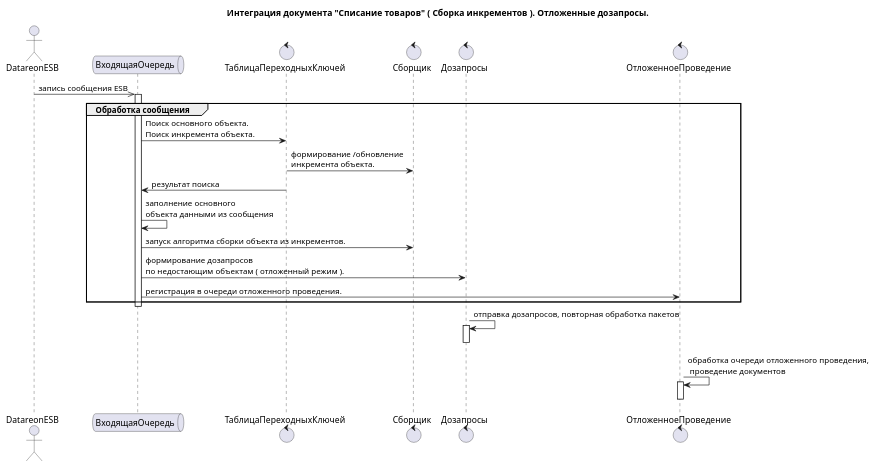
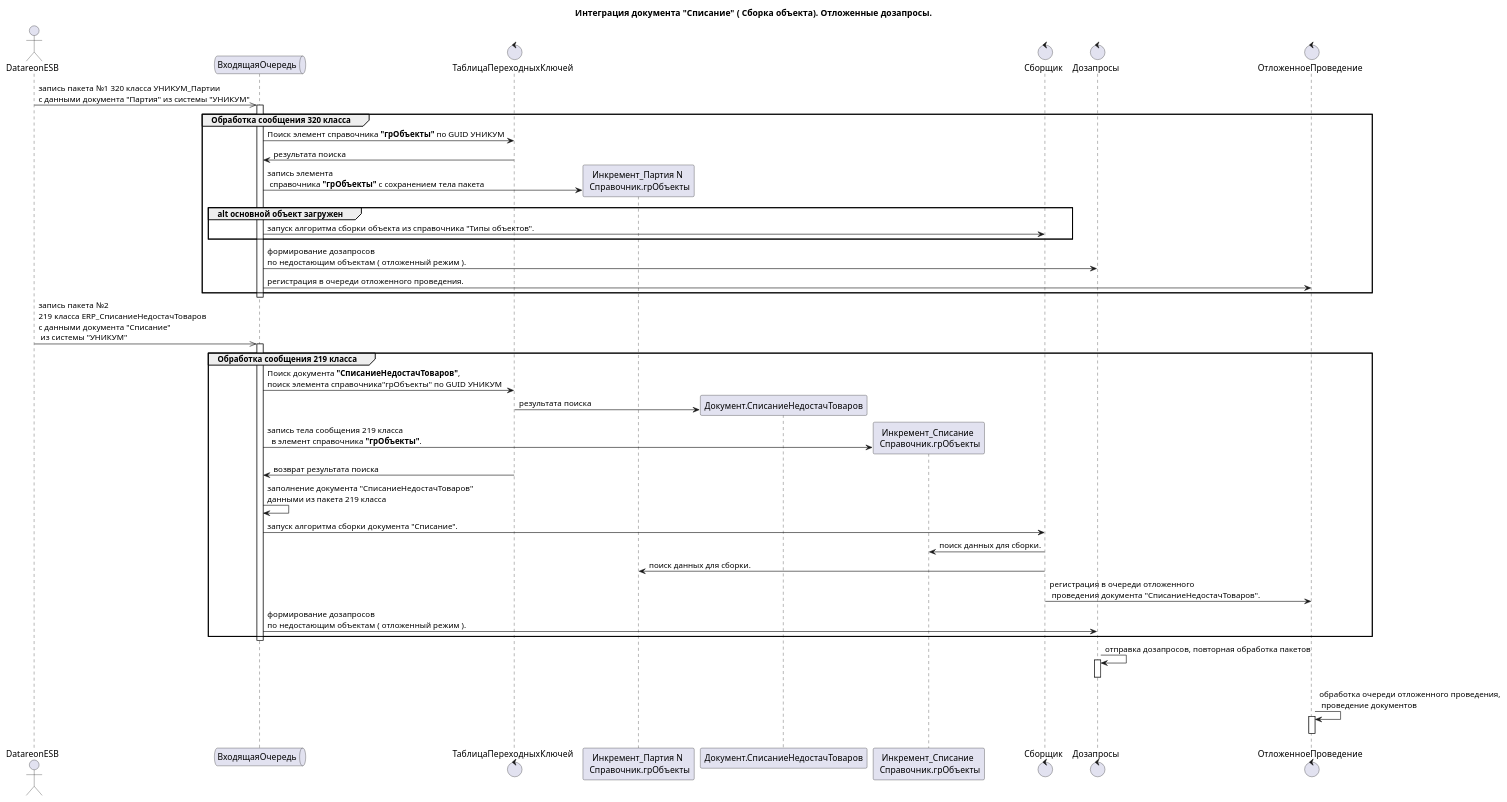
The diagram in integration/description/sheme_collector_adrequest_deferred.wsd (ekurpyaev/rules_md), drawn with PlantUML before and after one commit.

```diff
--- a/integration/description/sheme_collector_adrequest_deferred.wsd
+++ b/integration/description/sheme_collector_adrequest_deferred.wsd
@@ -2,44 +2,75 @@
 @startuml integration
 
-title Интеграция документа "Списание товаров" ( Сборка инкрементов ). Отложенные дозапросы.
+title Интеграция документа "Списание" ( Сборка объекта). Отложенные дозапросы.
 
 actor      DatareonESB order 10
 queue      ВходящаяОчередь order 20
 Control    ТаблицаПереходныхКлючей order 30
 Control    Сборщик order 40
 Control    Дозапросы order 50
 Control    ОтложенноеПроведение order 60
 
 
-
-DatareonESB ->> ВходящаяОчередь : запись сообщения ESB
+DatareonESB ->> ВходящаяОчередь : запись пакета №1 320 класса УНИКУМ_Партии\nс данными документа "Партия" из системы "УНИКУМ" 
 activate ВходящаяОчередь
 
-group Обработка cообщения
+group Обработка cообщения 320 класса
 
-    ВходящаяОчередь -> ТаблицаПереходныхКлючей : Поиск основного объекта.\nПоиск инкремента объекта.
+    ВходящаяОчередь -> ТаблицаПереходныхКлючей : Поиск элемент справочника **"грОбъекты"** по GUID УНИКУМ
+    
+    ТаблицаПереходныхКлючей -> ВходящаяОчередь : результата поиска
 
-    ТаблицаПереходныхКлючей -> Сборщик : формирование /обновление\nинкремента объекта.
+    create "Инкремент_Партия N \n Справочник.грОбъекты" order 39
+    ВходящаяОчередь -> "Инкремент_Партия N \n Справочник.грОбъекты" : запись элемента\n справочника **"грОбъекты"** с сохранением тела пакета
 
-    ТаблицаПереходныхКлючей -> ВходящаяОчередь :  результат поиска
-
-    ВходящаяОчередь -> ВходящаяОчередь :  заполнение основного\nобъекта данными из сообщения
-
-    ВходящаяОчередь -> Сборщик : запуск алгоритма сборки объекта из инкрементов.
+    group alt основной объект загружен    
+         ВходящаяОчередь -> Сборщик : запуск алгоритма сборки объекта из справочника "Типы объектов".
+    end
+   
 
     ВходящаяОчередь -> Дозапросы : формирование дозапросов\nпо недостающим объектам ( отложенный режим ).
 
     ВходящаяОчередь -> ОтложенноеПроведение : регистрация в очереди отложенного проведения.
 
 end
 deactivate ВходящаяОчередь
+
+
+DatareonESB ->> ВходящаяОчередь : запись пакета №2 \n219 класса ERP_СписаниеНедостачТоваров\nс данными документа "Списание"\n из системы "УНИКУМ" 
+activate ВходящаяОчередь
+
+group Обработка cообщения 219 класса
+
+    ВходящаяОчередь -> ТаблицаПереходныхКлючей : Поиск документа **"СписаниеНедостачТоваров"**,\nпоиск элемента справочника"грОбъекты" по GUID УНИКУМ
+    
+    create "Документ.СписаниеНедостачТоваров" order 39
+    ТаблицаПереходныхКлючей -> "Документ.СписаниеНедостачТоваров" : результата поиска
+
+    create "Инкремент_Списание \n Справочник.грОбъекты" order 39
+    ВходящаяОчередь -> "Инкремент_Списание \n Справочник.грОбъекты" : запись тела сообщения 219 класса\n  в элемент справочника **"грОбъекты"**.
+
+    ТаблицаПереходныхКлючей -> ВходящаяОчередь : возврат результата поиска
+
+    ВходящаяОчередь -> ВходящаяОчередь :  заполнение документа "СписаниеНедостачТоваров"\nданными из пакета 219 класса
+
+    ВходящаяОчередь -> Сборщик : запуск алгоритма сборки документа "Списание".
+
+    Сборщик -> "Инкремент_Списание \n Справочник.грОбъекты": поиск данных для сборки.
+    Сборщик -> "Инкремент_Партия N \n Справочник.грОбъекты" : поиск данных для сборки.
+    Сборщик -> ОтложенноеПроведение : регистрация в очереди отложенного\n проведения документа "СписаниеНедостачТоваров".
+
+    ВходящаяОчередь -> Дозапросы : формирование дозапросов\nпо недостающим объектам ( отложенный режим ).
+
+end
+deactivate ВходящаяОчередь
+
 
 Дозапросы -> Дозапросы : отправка дозапросов, повторная обработка пакетов
 activate Дозапросы
 deactivate Дозапросы
 
 ОтложенноеПроведение -> ОтложенноеПроведение : обработка очереди отложенного проведения,\n проведение документов
 activate ОтложенноеПроведение
 deactivate ОтложенноеПроведение
 
 @enduml
```
